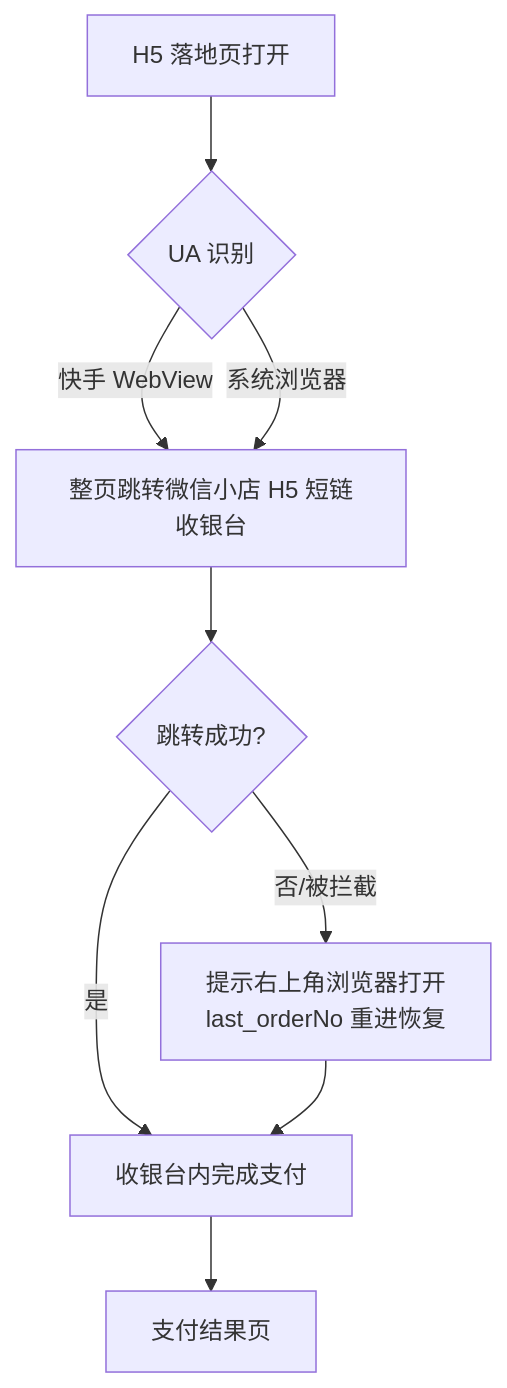
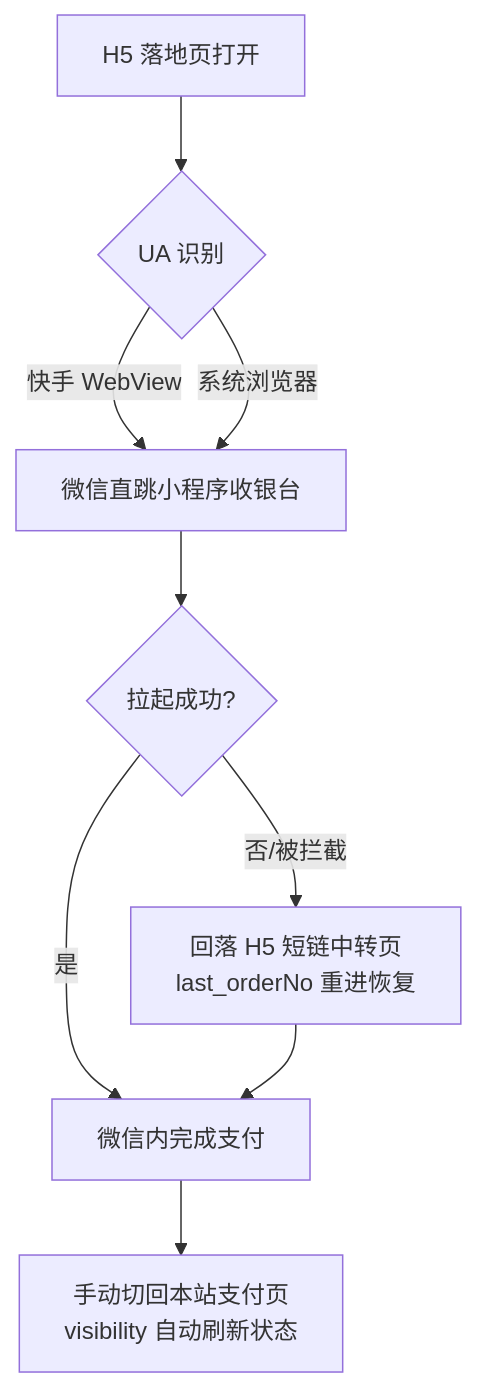
One commit to LiquorXR/yycs changed the first of 5 diagrams in doc/开发文档.md. Above: the diagram before and after it, drawn with Mermaid. The commit also changed other lines of this file and 10 other files, not shown here.

````diff
--- a/doc/开发文档.md
+++ b/doc/开发文档.md
@@ -29,11 +29,11 @@
 ```mermaid
 flowchart TD
     A[H5 落地页打开] --> B{UA 识别}
-    B -->|快手 WebView| C[整页跳转微信小店 H5 短链收银台]
+    B -->|快手 WebView| C[微信直跳小程序收银台]
     B -->|系统浏览器| C
-    C --> F{跳转成功?}
-    F -->|是| G[收银台内完成支付]
-    F -->|否/被拦截| H[提示右上角浏览器打开<br/>last_orderNo 重进恢复]
+    C --> F{拉起成功?}
+    F -->|是| G[微信内完成支付]
+    F -->|否/被拦截| H[回落 H5 短链中转页<br/>last_orderNo 重进恢复]
     H --> G
-    G --> J[支付结果页]
+    G --> J[手动切回本站支付页<br/>visibility 自动刷新状态]
 ```
````
